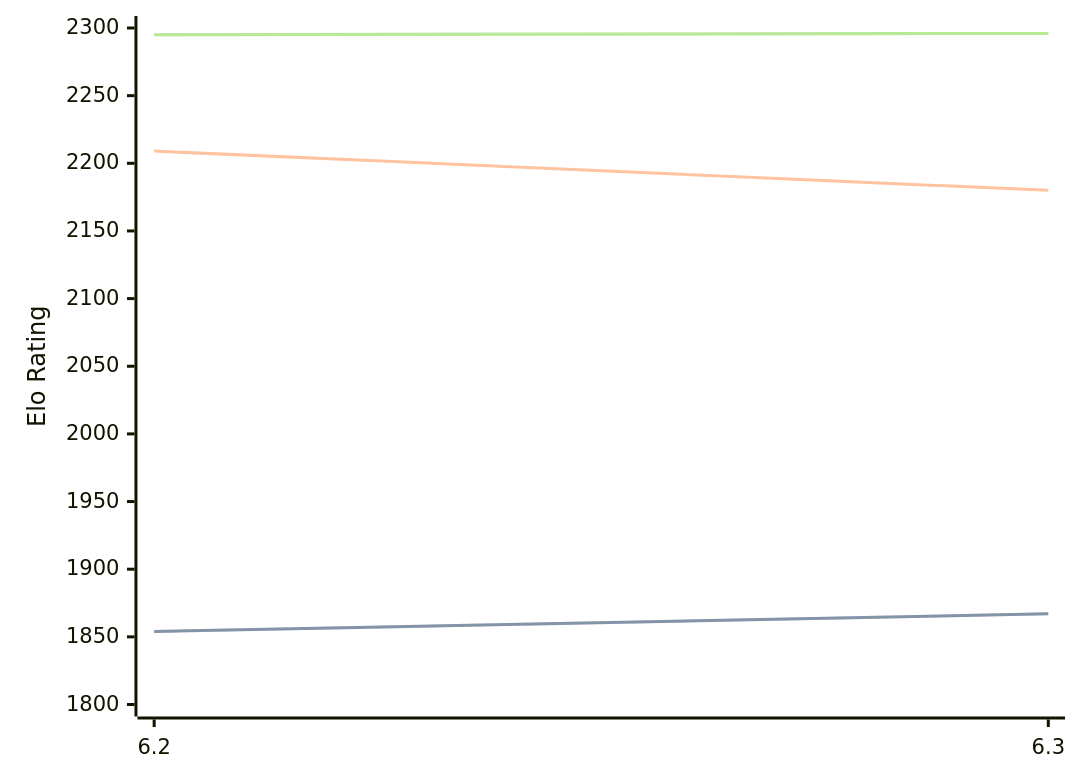
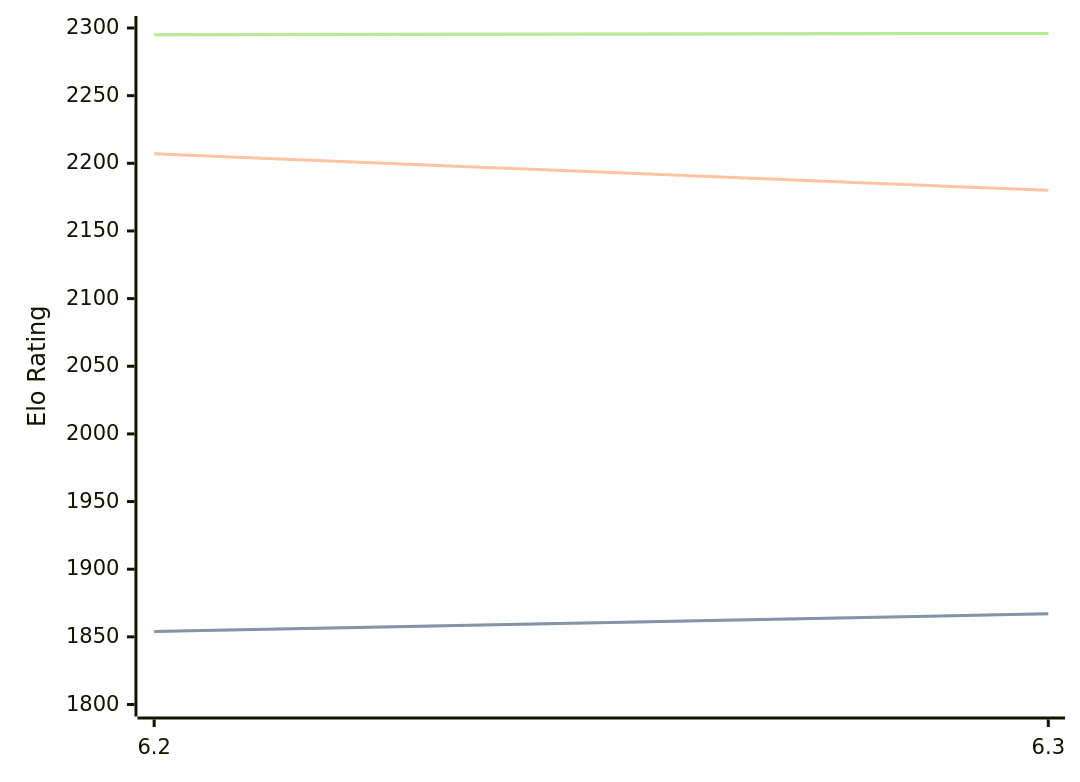
Before and after one commit to computer-chess-index/cci: the diagram in engines/chess4j.md, drawn with Mermaid. The commit also changed other lines of this file, not shown here.

````diff
--- a/engines/chess4j.md
+++ b/engines/chess4j.md
@@ -32,11 +32,11 @@
 ```mermaid
 %%{init: {"theme":"base","themeVariables":{"seriesColors:['#a3a3a3','#222221','#faa371']}}}%%
 xychart-beta
   x-axis ["6.2", "6.3"]
   y-axis "Elo Rating" 1800 --> 2300
   line "" [1854, 1867]
   line "STC (8.0+0.08s)" [1854, 1867]
-  line "LTC (60.0+0.60s)" [2209, 2180]
+  line "LTC (60.0+0.60s)" [2207, 2180]
   line "" [2295, 2296]
   line "VLTC (2m24s+1.12s)" [2295, 2296]
 ```
````
